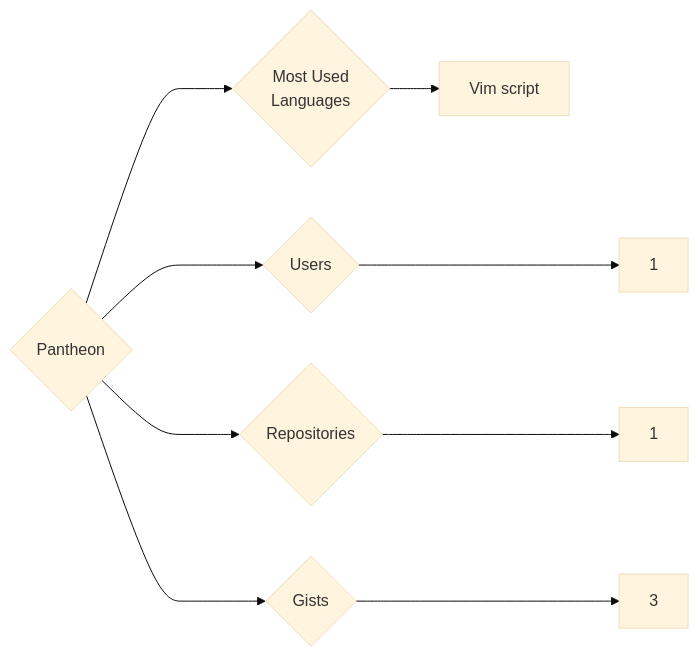
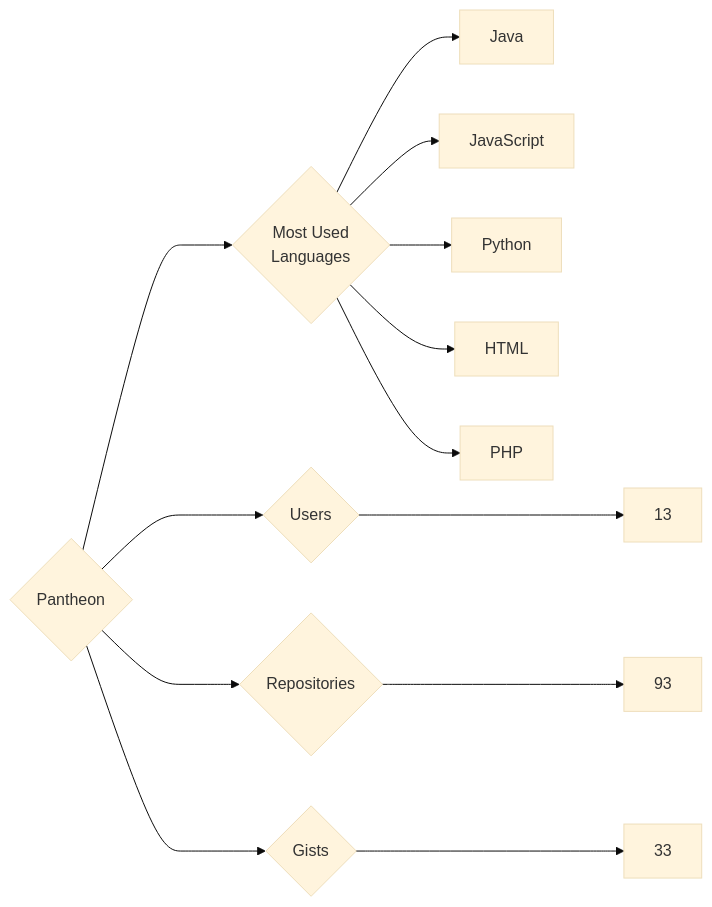
One commit to trickest/insiders changed the diagram in targets/Pantheon/README.md. Above: the diagram before and after it, drawn with Mermaid (base theme). The commit also changed 939 other files, not shown here.

````diff
--- a/targets/Pantheon/README.md
+++ b/targets/Pantheon/README.md
@@ -3,9 +3,13 @@
 ```mermaid
 graph LR
 COMPANY_NAME{Pantheon}
-COMPANY_NAME ---> U{Users} ---> UN[1]
-COMPANY_NAME ---> R{Repositories} ---> RN[1]
-COMPANY_NAME ---> G{Gists} ---> GN[3]
+COMPANY_NAME ---> U{Users} ---> UN[13]
+COMPANY_NAME ---> R{Repositories} ---> RN[93]
+COMPANY_NAME ---> G{Gists} ---> GN[33]
 COMPANY_NAME ---> ML{Most Used<br>Languages}
-ML --> Vim_script[Vim script]
+ML --> Java[Java]
+ML --> JavaScript[JavaScript]
+ML --> Python[Python]
+ML --> HTML[HTML]
+ML --> PHP[PHP]
 ```
````
